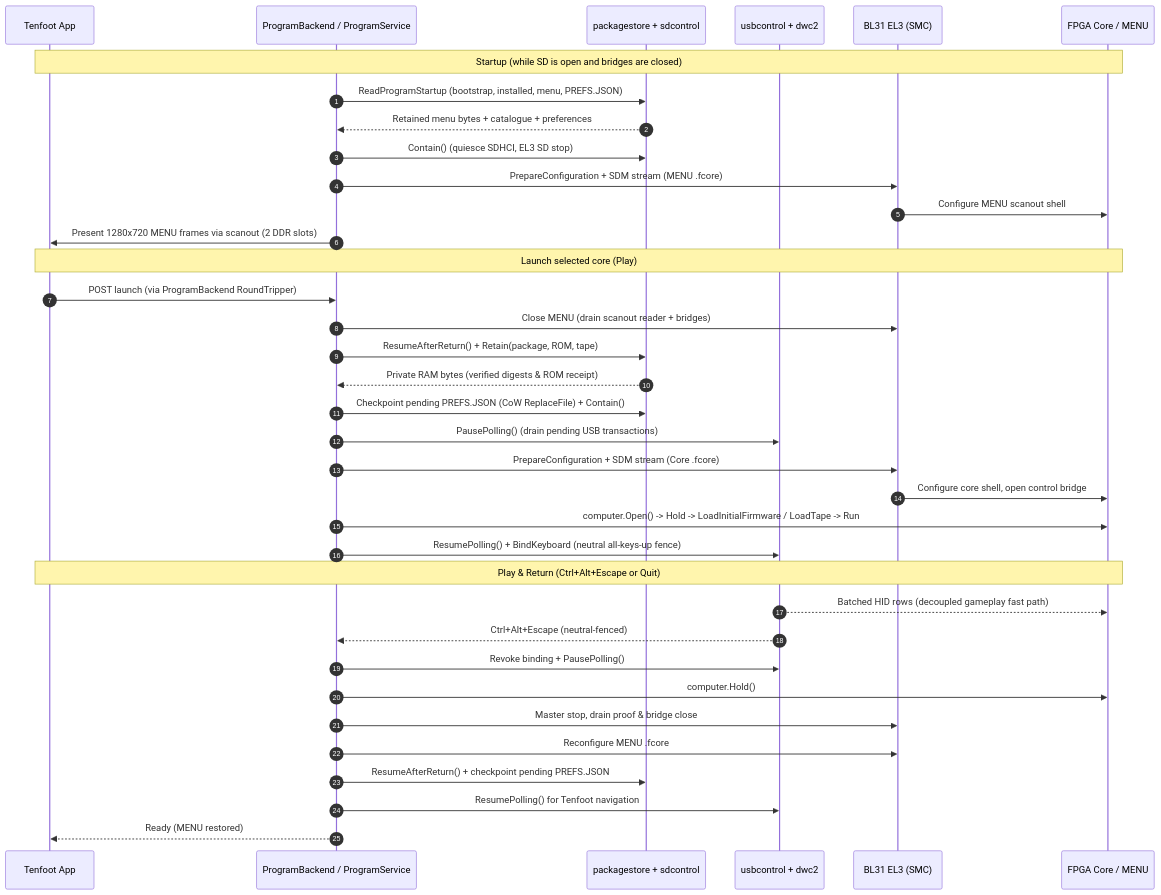
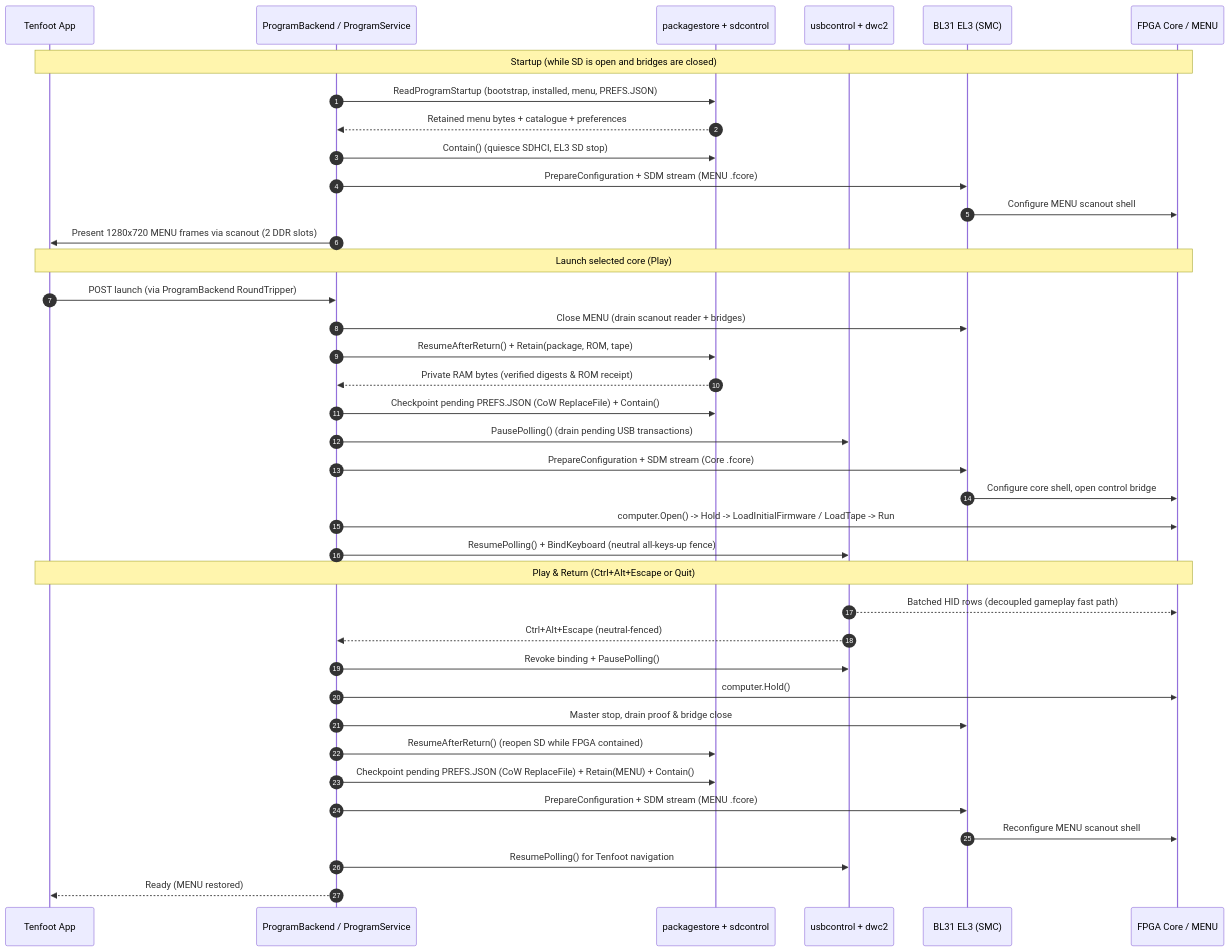
Before and after one commit to DeanoC/fes: the third of 4 diagrams in platform/embedded/ARCHITECTURE.md, drawn with Mermaid. The commit also changed 2 other files, not shown here.

Commit message:
docs(embedded): fix return sequence order, CI QEMU run count, and preserved anchors

````diff
--- a/platform/embedded/ARCHITECTURE.md
+++ b/platform/embedded/ARCHITECTURE.md
@@ -167,41 +167,43 @@
 ```mermaid
 sequenceDiagram
   autonumber
   participant UI as Tenfoot App
   participant BE as ProgramBackend / ProgramService
   participant SD as packagestore + sdcontrol
   participant USB as usbcontrol + dwc2
   participant EL3 as BL31 EL3 (SMC)
   participant FPGA as FPGA Core / MENU
 
   Note over UI,FPGA: Startup (while SD is open and bridges are closed)
   BE->>SD: ReadProgramStartup (bootstrap, installed, menu, PREFS.JSON)
   SD-->>BE: Retained menu bytes + catalogue + preferences
   BE->>SD: Contain() (quiesce SDHCI, EL3 SD stop)
   BE->>EL3: PrepareConfiguration + SDM stream (MENU .fcore)
   EL3->>FPGA: Configure MENU scanout shell
   BE->>UI: Present 1280x720 MENU frames via scanout (2 DDR slots)
 
   Note over UI,FPGA: Launch selected core (Play)
   UI->>BE: POST launch (via ProgramBackend RoundTripper)
   BE->>EL3: Close MENU (drain scanout reader + bridges)
   BE->>SD: ResumeAfterReturn() + Retain(package, ROM, tape)
   SD-->>BE: Private RAM bytes (verified digests & ROM receipt)
   BE->>SD: Checkpoint pending PREFS.JSON (CoW ReplaceFile) + Contain()
   BE->>USB: PausePolling() (drain pending USB transactions)
   BE->>EL3: PrepareConfiguration + SDM stream (Core .fcore)
   EL3->>FPGA: Configure core shell, open control bridge
   BE->>FPGA: computer.Open() -> Hold -> LoadInitialFirmware / LoadTape -> Run
   BE->>USB: ResumePolling() + BindKeyboard (neutral all-keys-up fence)
 
   Note over UI,FPGA: Play & Return (Ctrl+Alt+Escape or Quit)
   USB-->>FPGA: Batched HID rows (decoupled gameplay fast path)
   USB-->>BE: Ctrl+Alt+Escape (neutral-fenced)
   BE->>USB: Revoke binding + PausePolling()
   BE->>FPGA: computer.Hold()
   BE->>EL3: Master stop, drain proof & bridge close
-  BE->>EL3: Reconfigure MENU .fcore
-  BE->>SD: ResumeAfterReturn() + checkpoint pending PREFS.JSON
+  BE->>SD: ResumeAfterReturn() (reopen SD while FPGA contained)
+  BE->>SD: Checkpoint pending PREFS.JSON (CoW ReplaceFile) + Retain(MENU) + Contain()
+  BE->>EL3: PrepareConfiguration + SDM stream (MENU .fcore)
+  EL3->>FPGA: Reconfigure MENU scanout shell
   BE->>USB: ResumePolling() for Tenfoot navigation
   BE-->>UI: Ready (MENU restored)
 ```
````
